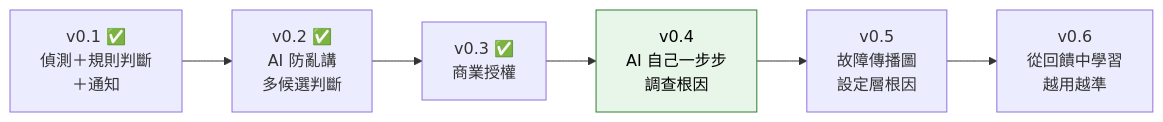
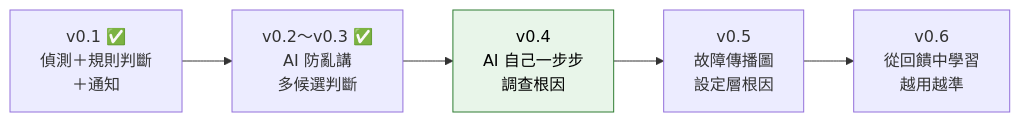
The ninth of 9 diagrams in README.md (kingchen0617/system-tool), drawn with Mermaid before and after one commit. The commit also changed other lines of this file and 5 other files, not shown here.

````diff
--- a/README.md
+++ b/README.md
@@ -400,5 +360,5 @@
 ```mermaid
 flowchart LR
-    V1["v0.1 ✅<br/>偵測＋規則判斷<br/>＋通知"] --> V2["v0.2 ✅<br/>AI 防亂講<br/>多候選判斷"] --> V3["v0.3 ✅<br/>商業授權"] --> V4["v0.4<br/>AI 自己一步步<br/>調查根因"]:::next --> V5["v0.5<br/>故障傳播圖<br/>設定層根因"] --> V6["v0.6<br/>從回饋中學習<br/>越用越準"]
+    V1["v0.1 ✅<br/>偵測＋規則判斷<br/>＋通知"] --> V2["v0.2～v0.3 ✅<br/>AI 防亂講<br/>多候選判斷"] --> V4["v0.4<br/>AI 自己一步步<br/>調查根因"]:::next --> V5["v0.5<br/>故障傳播圖<br/>設定層根因"] --> V6["v0.6<br/>從回饋中學習<br/>越用越準"]
     classDef next fill:#e8f5e9,stroke:#2e7d32,color:#000
 ```
````
